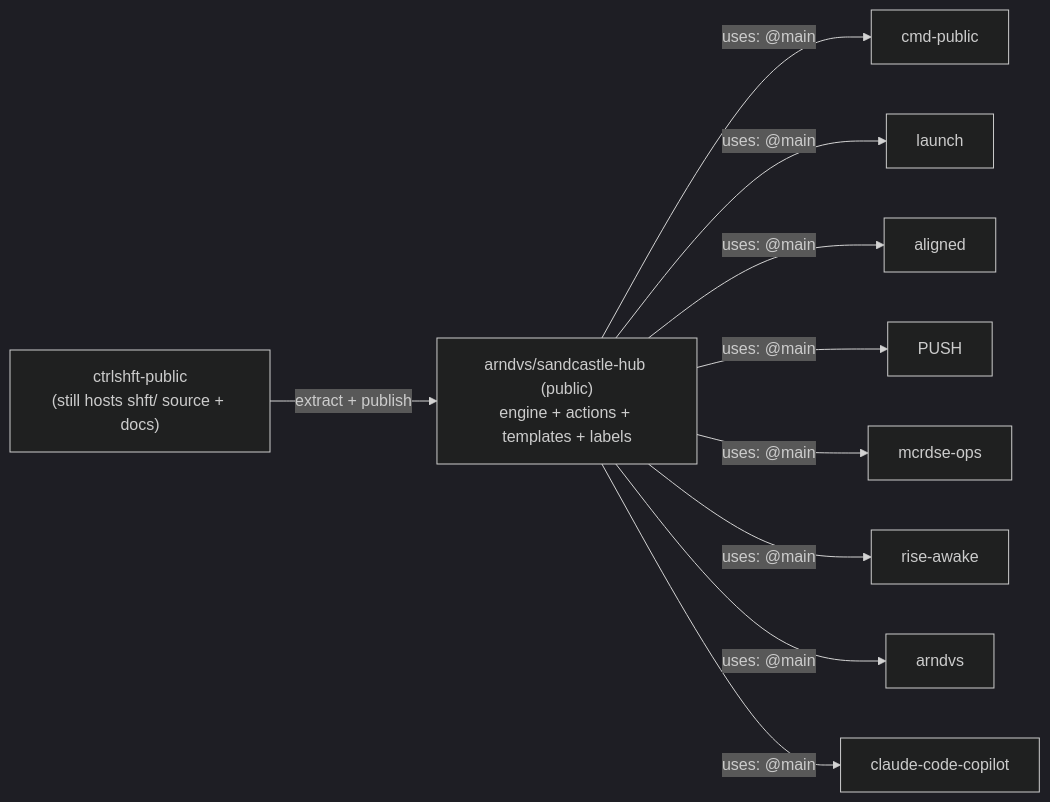
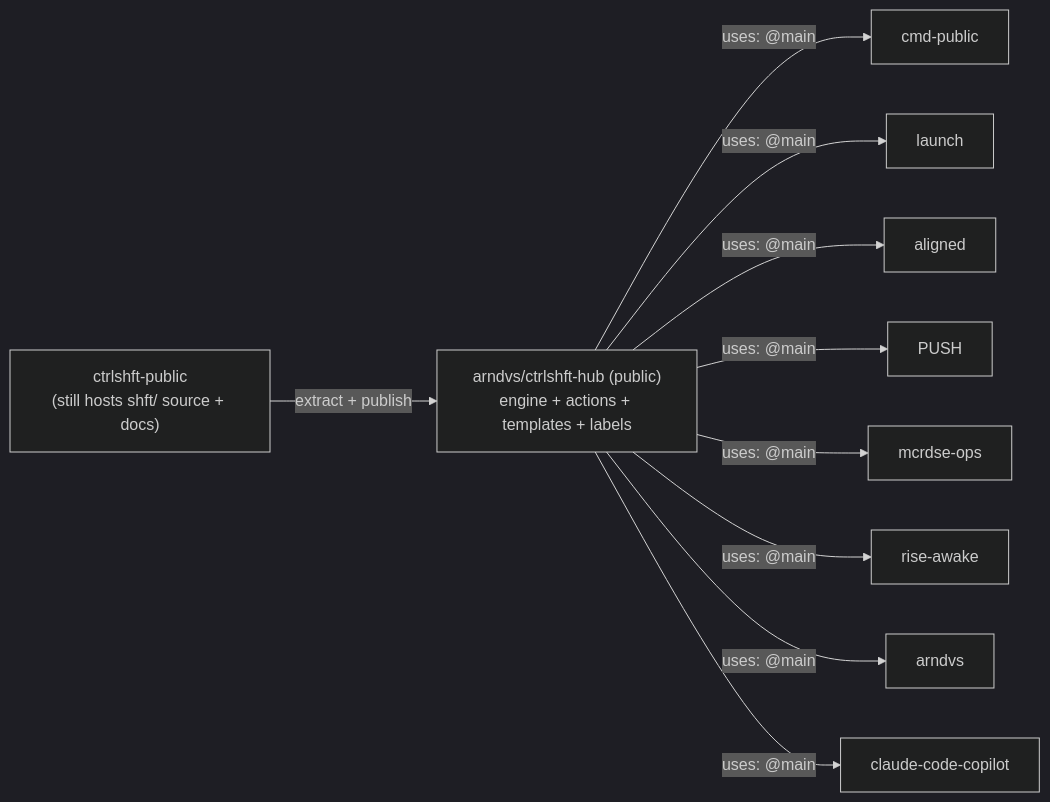
The third of 3 diagrams in docs/archive/sandcastle-hub-architecture.md (arndvs/ctrlshft), drawn with Mermaid (dark theme) before and after one commit. The commit also changed other lines of this file and 53 other files, not shown here.

First line of the commit message:
chore(repo): sandcastle-hub → ctrlshft-hub (tooling, templates, ADR) (#341)

````diff
--- a/docs/archive/sandcastle-hub-architecture.md
+++ b/docs/archive/sandcastle-hub-architecture.md
@@ -182,23 +182,23 @@
 ```mermaid
 graph LR
-    HUB["arndvs/sandcastle-hub (public)<br/>engine + actions + templates + labels"]
+    HUB["arndvs/ctrlshft-hub (public)<br/>engine + actions + templates + labels"]
     C1["cmd-public"]
     C2["launch"]
     C3["aligned"]
     C4["PUSH"]
     C5["mcrdse-ops"]
     C6["rise-awake"]
     C7["arndvs"]
     C8["claude-code-copilot"]
     PROD["ctrlshft-public<br/>(still hosts shft/ source + docs)"]
 
     HUB -->|"uses: @main"| C1
     HUB -->|"uses: @main"| C2
     HUB -->|"uses: @main"| C3
     HUB -->|"uses: @main"| C4
     HUB -->|"uses: @main"| C5
     HUB -->|"uses: @main"| C6
     HUB -->|"uses: @main"| C7
     HUB -->|"uses: @main"| C8
     PROD -->|"extract + publish"| HUB
 ```
````
